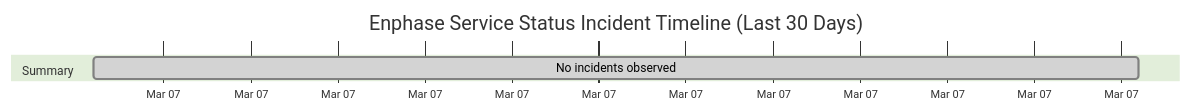
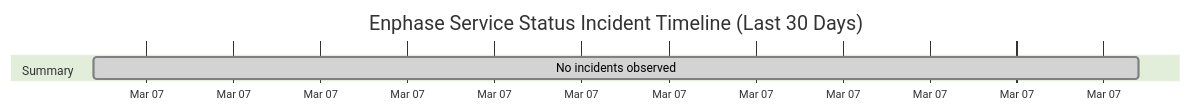
The diagram in wiki/Service-Status-History.md (barneyonline/ha-enphase-ev-charger), drawn with Mermaid (forest theme) before and after one commit. The commit also changed other lines of this file and 3 other files, not shown here.

````diff
--- a/wiki/Service-Status-History.md
+++ b/wiki/Service-Status-History.md
@@ -14,8 +14,8 @@
 ```mermaid
 gantt
     title Enphase Service Status Incident Timeline (Last 30 Days)
     dateFormat  YYYY-MM-DDTHH:mm:ss
     axisFormat  %b %d
     section Summary
-    No incidents observed :done, 2026-03-07T13:33:06, 1m
+    No incidents observed :done, 2026-03-07T14:16:12, 1m
 ```
````
